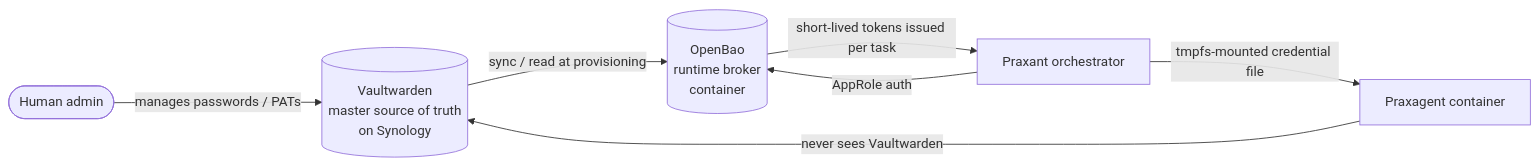
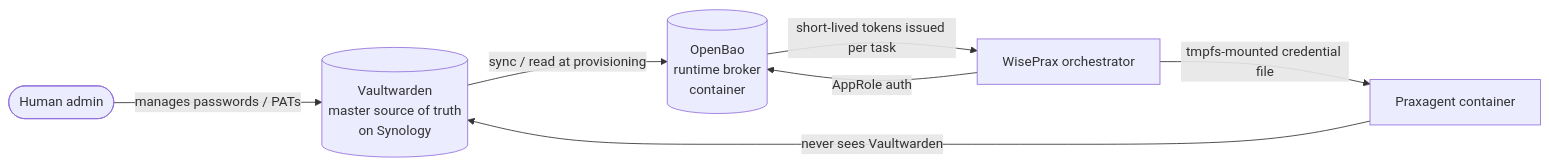
One commit to wiseprax/prax-cli changed the second of 4 diagrams in project-specs.md. Above: the diagram before and after it, drawn with Mermaid. The commit also changed other lines of this file and 72 other files, not shown here.

Commit message:
Renamed from Praxant => WisePrax

````diff
--- a/project-specs.md
+++ b/project-specs.md
@@ -767,9 +767,9 @@
 ```mermaid
 flowchart LR
     Human([Human admin]) -->|manages passwords / PATs| Vault[(Vaultwarden<br/>master source of truth<br/>on Synology)]
     Vault -->|sync / read at provisioning| OpenBao[(OpenBao<br/>runtime broker<br/>container)]
-    Orchestrator[Praxant orchestrator] -->|AppRole auth| OpenBao
+    Orchestrator[WisePrax orchestrator] -->|AppRole auth| OpenBao
     OpenBao -->|short-lived tokens issued per task| Orchestrator
     Orchestrator -->|tmpfs-mounted credential file| Container[Praxagent container]
     Container -->|never sees Vaultwarden| Vault
 ```
````
